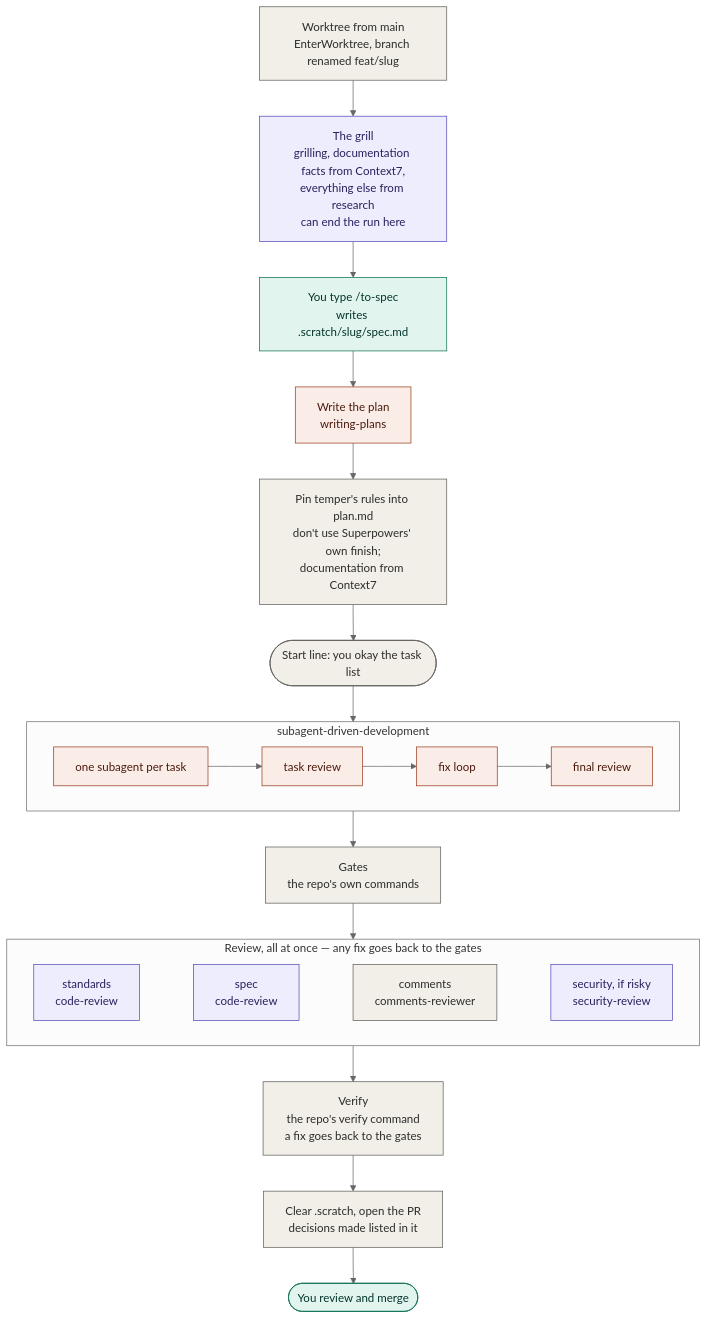
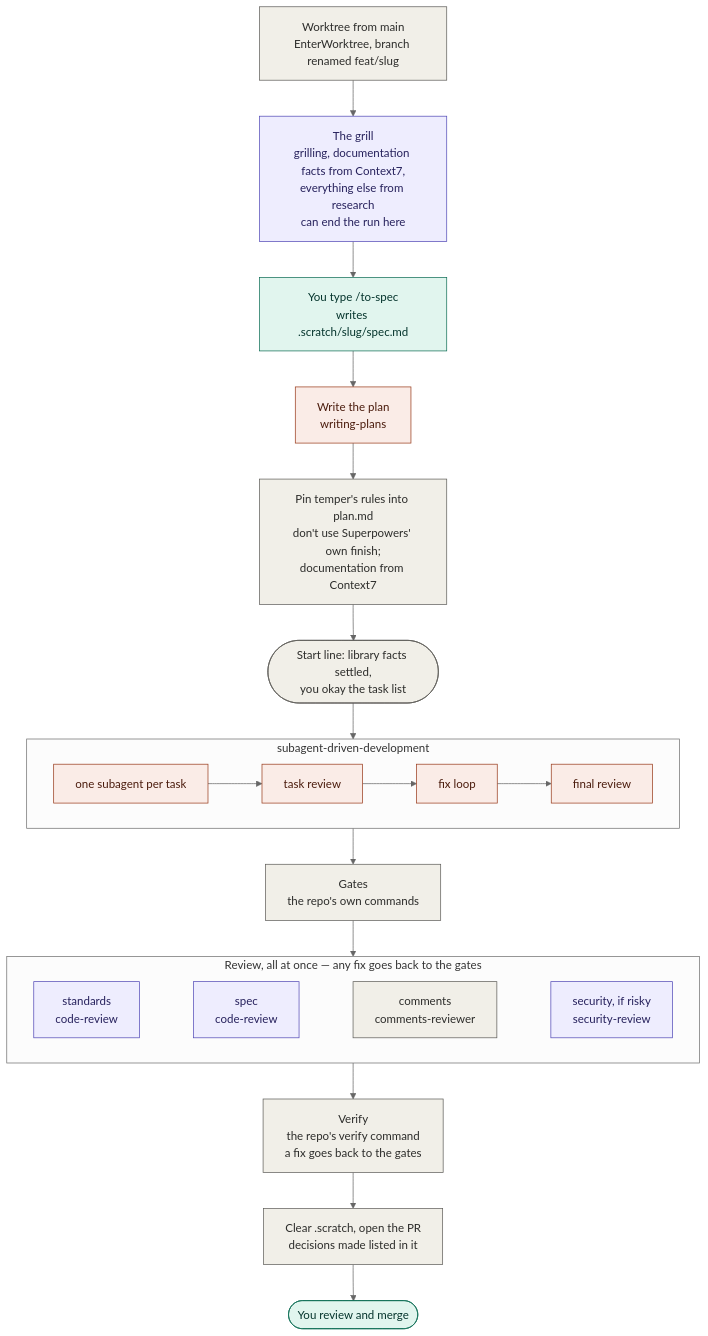
One commit to junayed711/temper changed the first of 5 diagrams in README.md. Above: the diagram before and after it, drawn with Mermaid (neutral theme). The commit also changed other lines of this file and 3 other files, not shown here.

Commit message:
settle library facts before the start line, so a run rarely stops once under way

````diff
--- a/README.md
+++ b/README.md
@@ -321,36 +323,36 @@
 ```mermaid
 flowchart TD
     wt["Worktree from main<br/>EnterWorktree, branch renamed feat/slug"]:::temper
     grill["The grill<br/>grilling, documentation facts from Context7,<br/>everything else from research<br/>can end the run here"]:::matt
     spec["You type /to-spec<br/>writes .scratch/slug/spec.md"]:::you
     plan["Write the plan<br/>writing-plans"]:::sp
     pin["Pin temper's rules into plan.md<br/>don't use Superpowers' own finish;<br/>documentation from Context7"]:::temper
-    go(["Start line: you okay the task list"]):::temper
+    go(["Start line: library facts settled,<br/>you okay the task list"]):::temper
 
     subgraph build["subagent-driven-development"]
         direction LR
         b1["one subagent per task"]:::sp --> b2["task review"]:::sp --> b3["fix loop"]:::sp --> b4["final review"]:::sp
     end
 
     gates["Gates<br/>the repo's own commands"]:::temper
 
     subgraph panel["Review, all at once — any fix goes back to the gates"]
         direction LR
         r1["standards<br/>code-review"]:::matt
         r2["spec<br/>code-review"]:::matt
         r3["comments<br/>comments-reviewer"]:::temper
         r4["security, if risky<br/>security-review"]:::matt
         r1 ~~~ r2 ~~~ r3 ~~~ r4
     end
 
     verify["Verify<br/>the repo's verify command<br/>a fix goes back to the gates"]:::temper
     pr["Clear .scratch, open the PR<br/>decisions made listed in it"]:::temper
     merge(["You review and merge"]):::you
 
     wt --> grill --> spec --> plan --> pin --> go --> build --> gates --> panel --> verify --> pr --> merge
 
     classDef matt fill:#EEEDFE,stroke:#534AB7,color:#26215C
     classDef sp fill:#FAECE7,stroke:#993C1D,color:#4A1B0C
     classDef you fill:#E1F5EE,stroke:#0F6E56,color:#04342C
     classDef temper fill:#F1EFE8,stroke:#5F5E5A,color:#2C2C2A
 ```
````
